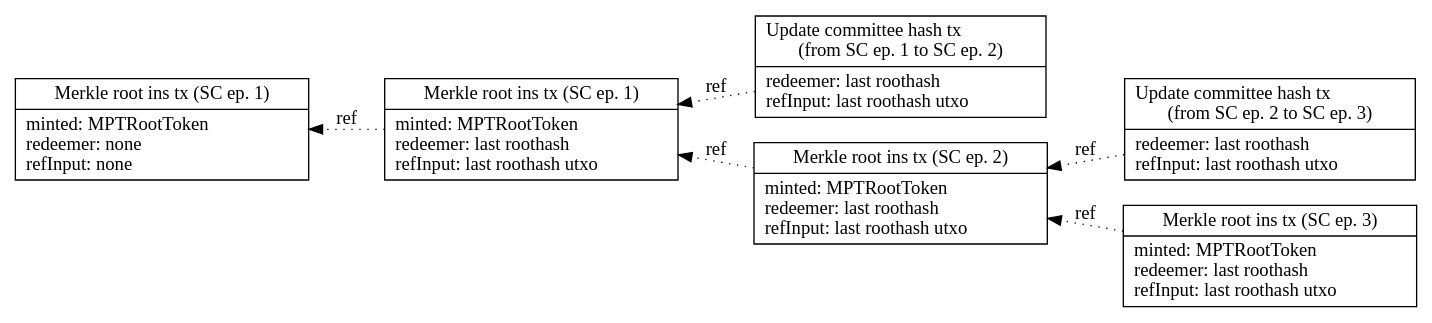
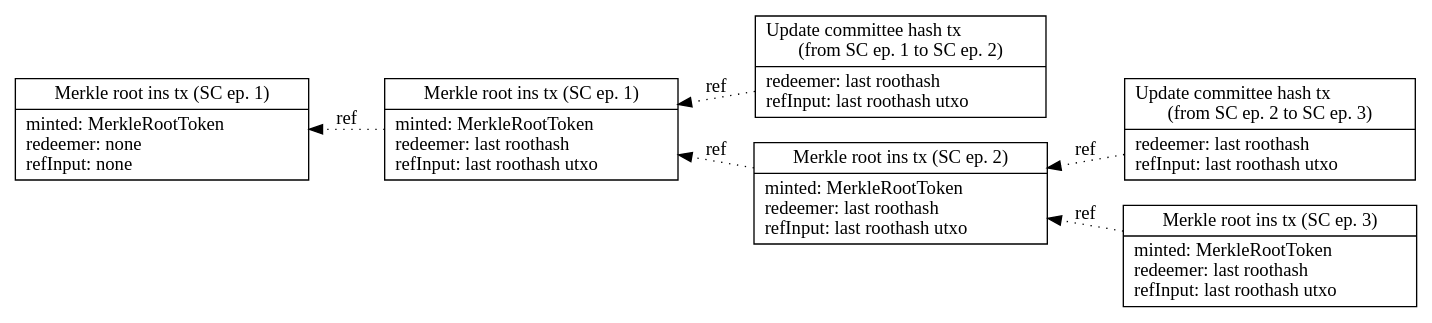
One commit to input-output-hk/partner-chains-smart-contracts changed the diagram in docs/Spec/MRChain-multi.dot. Above: the diagram before and after it, drawn with Graphviz. The commit also changed 31 other files, not shown here.

Commit message:
Refactored `MPTRoot` to `MerkleRoot`, `mptRoot` to `merkleRoot`, `MptRoot` to `MerkleRoot`, and `MPT` to `Merkle`. Also, updated the onchain scripts to correspond to the new renamed script.

```diff
--- a/docs/Spec/MRChain-multi.dot
+++ b/docs/Spec/MRChain-multi.dot
@@ -1,51 +1,51 @@
 strict digraph {
   rankdir="RL"
 
   node [shape=record]
 
   mRoot1 [label =
     "Merkle root ins tx (SC ep. 1) |
-      minted: MPTRootToken\l
+      minted: MerkleRootToken\l
       redeemer: none\l
       refInput: none\l
     "]
 
   mRoot2 [label =
     "Merkle root ins tx (SC ep. 1) |
-      minted: MPTRootToken\l
+      minted: MerkleRootToken\l
       redeemer: last roothash\l
       refInput: last roothash utxo\l
     "]
 
   cHashUpd1 [label =
     "Update committee hash tx\l
       (from SC ep. 1 to SC ep. 2) |
       redeemer: last roothash\l
       refInput: last roothash utxo\l
     "]
 
   mRoot3 [label =
     "Merkle root ins tx (SC ep. 2) |
-      minted: MPTRootToken\l
+      minted: MerkleRootToken\l
       redeemer: last roothash\l
       refInput: last roothash utxo\l
     "]
 
   cHashUpd2 [label =
     "Update committee hash tx\l
       (from SC ep. 2 to SC ep. 3) |
       redeemer: last roothash\l
       refInput: last roothash utxo\l
     "]
 
   mRoot4 [label =
     "Merkle root ins tx (SC ep. 3) |
-      minted: MPTRootToken\l
+      minted: MerkleRootToken\l
       redeemer: last roothash\l
       refInput: last roothash utxo\l
     "]
 
   mRoot4 -> mRoot3 -> mRoot2 -> mRoot1 [label = "ref", style = dotted]
   cHashUpd1 -> mRoot2 [label = "ref", style = dotted]
   cHashUpd2 -> mRoot3 [label = "ref", style = dotted]
 }
```
